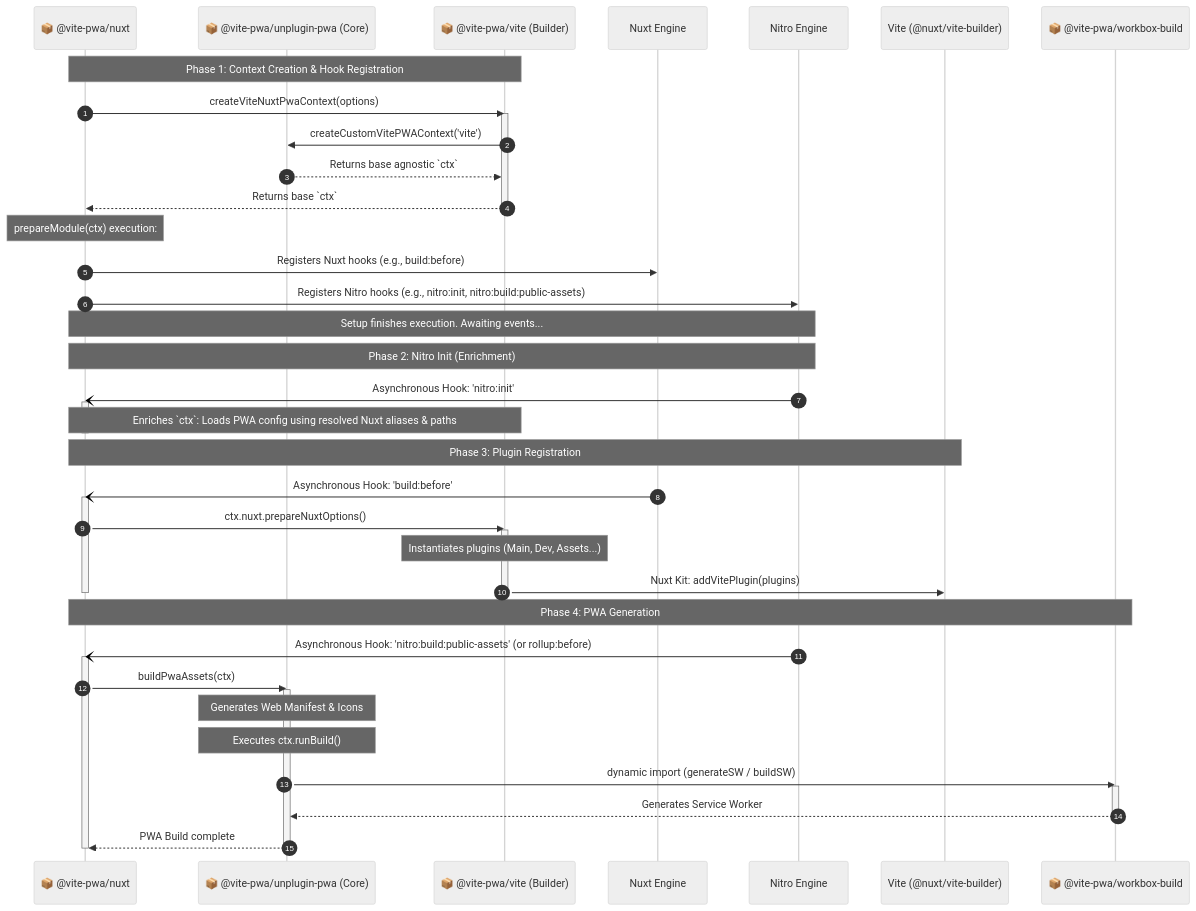
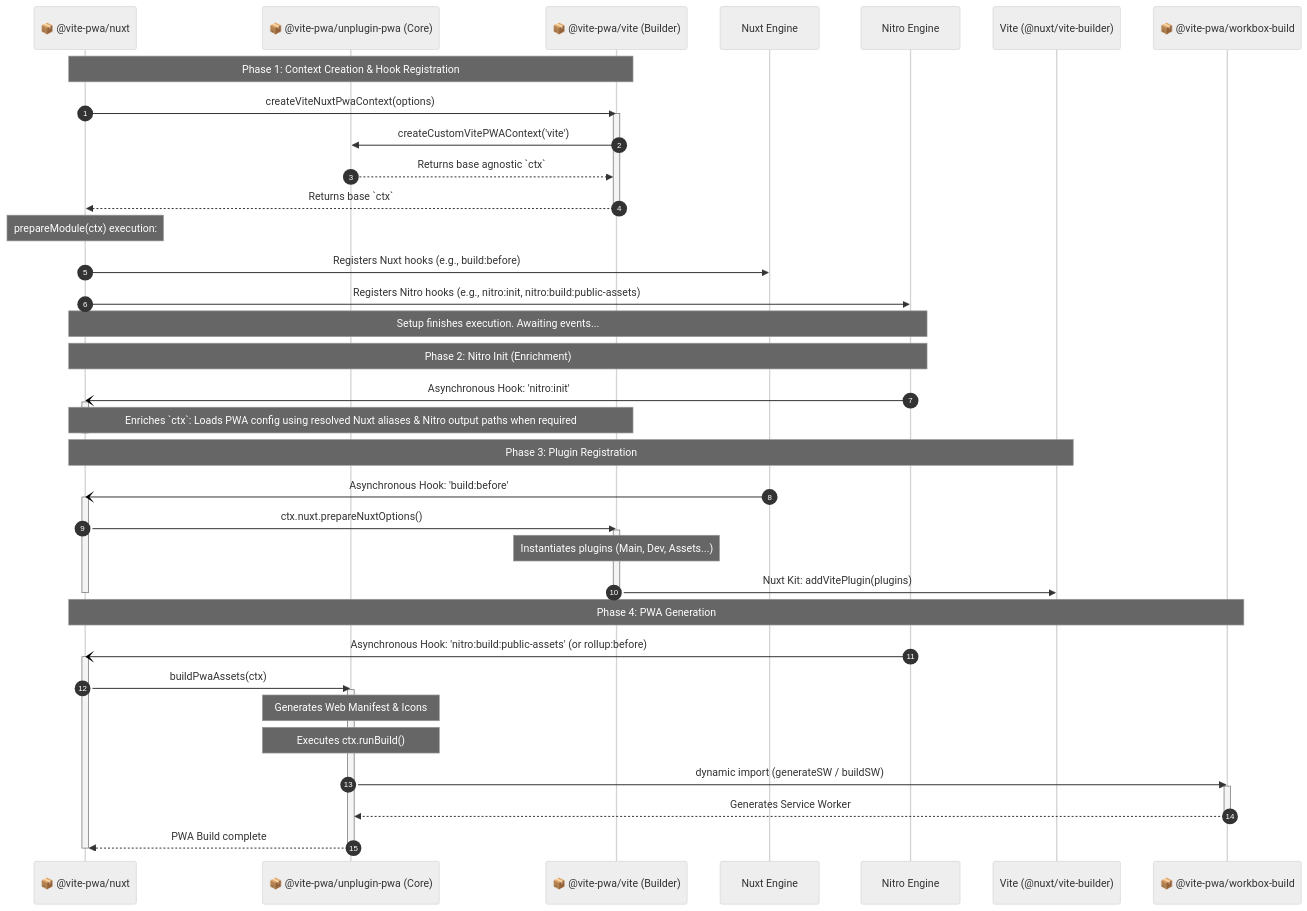
The third of 3 diagrams in ARCHITECTURE.md (vite-pwa/unplugin-pwa), drawn with Mermaid (neutral theme) before and after one commit.

Commit message:
docs: update ARCH

````diff
--- a/ARCHITECTURE.md
+++ b/ARCHITECTURE.md
@@ -98,55 +98,55 @@
 ```mermaid
 sequenceDiagram
     autonumber
     participant Setup as 📦 @vite-pwa/nuxt
     participant Core as 📦 @vite-pwa/unplugin-pwa (Core)
     participant Builder as 📦 @vite-pwa/vite (Builder)
     participant Nuxt as Nuxt Engine
     participant Nitro as Nitro Engine
     participant Vite as Vite (@nuxt/vite-builder)
     participant WB as 📦 @vite-pwa/workbox-build
 
     Note over Setup, Builder: Phase 1: Context Creation & Hook Registration
     Setup->>Builder: createViteNuxtPwaContext(options)
     activate Builder
     Builder->>Core: createCustomVitePWAContext('vite')
     Core-->>Builder: Returns base agnostic `ctx`
     Builder-->>Setup: Returns base `ctx`
     deactivate Builder
 
     Note over Setup: prepareModule(ctx) execution:
     Setup->>Nuxt: Registers Nuxt hooks (e.g., build:before)
     Setup->>Nitro: Registers Nitro hooks (e.g., nitro:init, nitro:build:public-assets)
     Note over Setup, Nitro: Setup finishes execution. Awaiting events...
 
     Note over Setup, Nitro: Phase 2: Nitro Init (Enrichment)
     Nitro-)Setup: Asynchronous Hook: 'nitro:init'
     activate Setup
-    Note over Setup, Builder: Enriches `ctx`: Loads PWA config using resolved Nuxt aliases & paths
+    Note over Setup, Builder: Enriches `ctx`: Loads PWA config using resolved Nuxt aliases & Nitro output paths when required
     deactivate Setup
 
     Note over Setup, Vite: Phase 3: Plugin Registration
     Nuxt-)Setup: Asynchronous Hook: 'build:before'
     activate Setup
     Setup->>Builder: ctx.nuxt.prepareNuxtOptions()
     activate Builder
     Note over Builder: Instantiates plugins (Main, Dev, Assets...)
     Builder->>Vite: Nuxt Kit: addVitePlugin(plugins)
     deactivate Builder
     deactivate Setup
 
     Note over Setup, WB: Phase 4: PWA Generation
     Nitro-)Setup: Asynchronous Hook: 'nitro:build:public-assets' (or rollup:before)
     activate Setup
     Setup->>Core: buildPwaAssets(ctx)
     activate Core
     Note over Core: Generates Web Manifest & Icons
     Note over Core: Executes ctx.runBuild()
     Core->>WB: dynamic import (generateSW / buildSW)
     activate WB
     WB-->>Core: Generates Service Worker
     deactivate WB
     Core-->>Setup: PWA Build complete
     deactivate Core
     deactivate Setup
 ```
````
